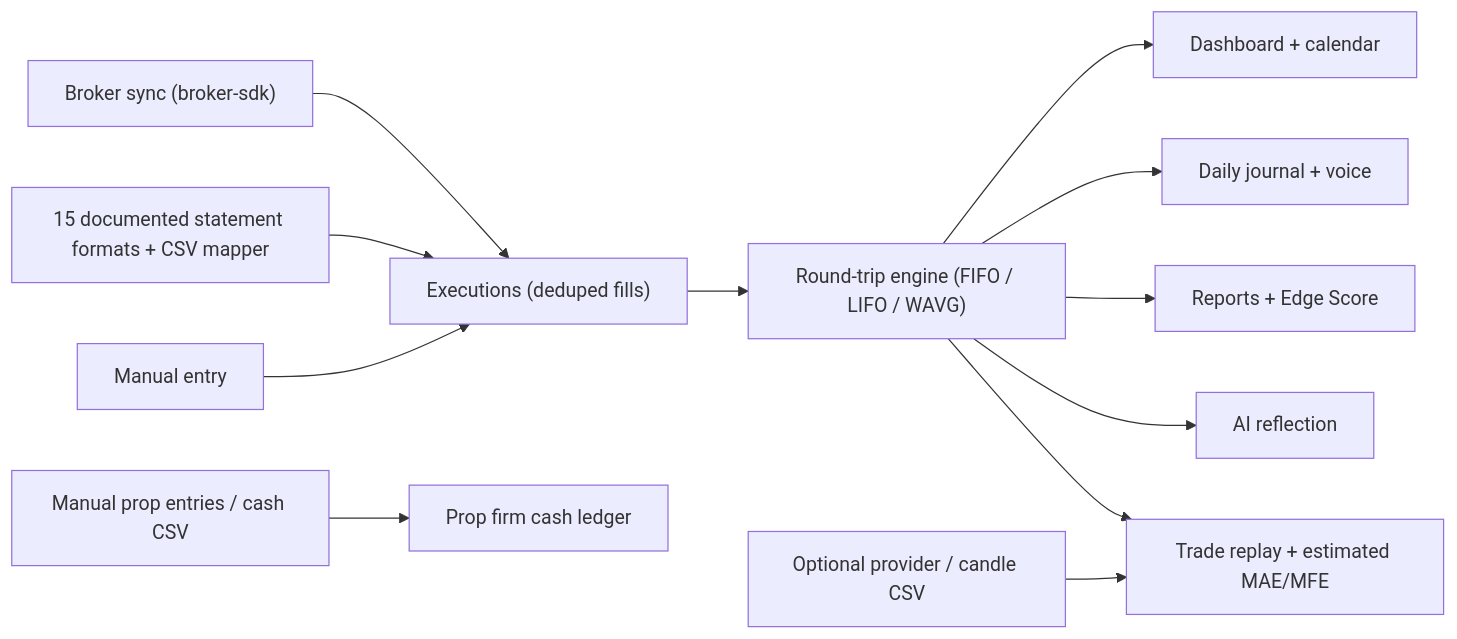
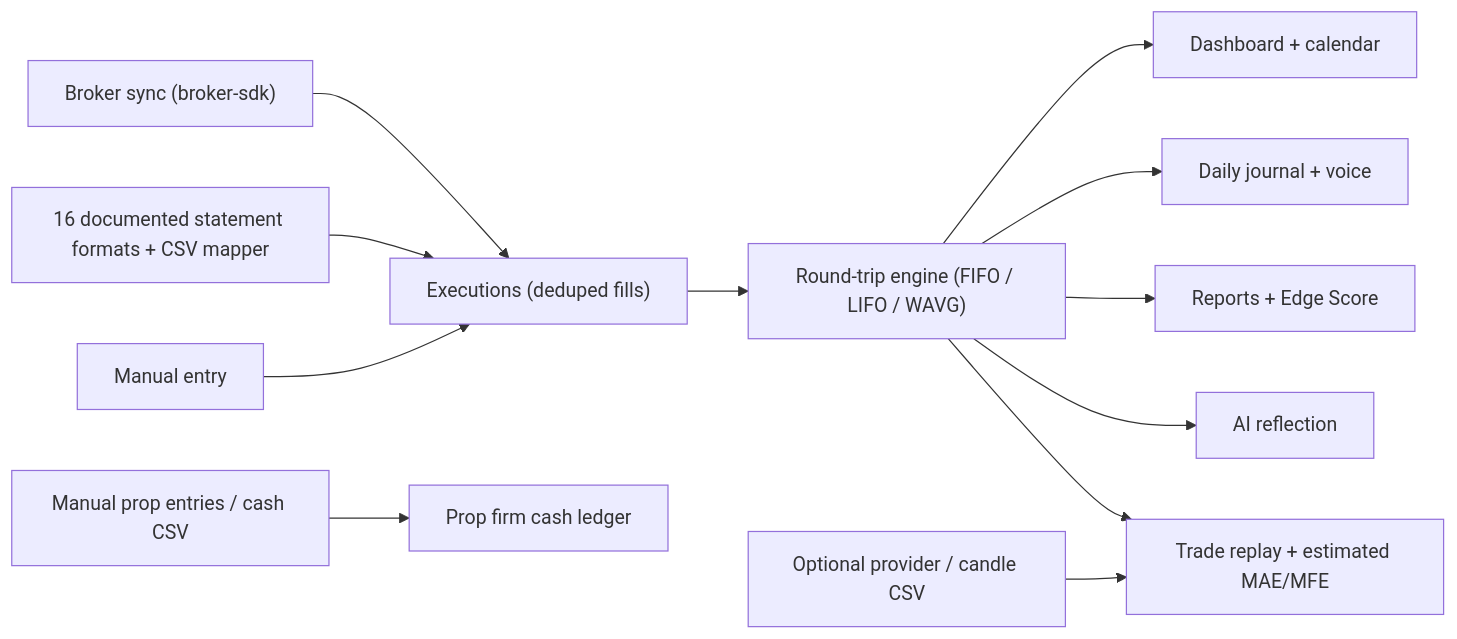
The diagram in README.md (LuxAlgo/trade-journal), drawn with Mermaid before and after one commit. The commit also changed other lines of this file and 14 other files, not shown here.

````diff
--- a/README.md
+++ b/README.md
@@ -112,14 +112,14 @@
 ```mermaid
 flowchart LR
     BS["Broker sync (broker-sdk)"] --> EX["Executions (deduped fills)"]
-    IM["15 documented statement formats + CSV mapper"] --> EX
+    IM["16 documented statement formats + CSV mapper"] --> EX
     MN["Manual entry"] --> EX
     EX --> RT["Round-trip engine (FIFO / LIFO / WAVG)"]
     RT --> D["Dashboard + calendar"]
     RT --> J["Daily journal + voice"]
     RT --> R["Reports + Edge Score"]
     RT --> AI["AI reflection"]
     MD["Optional provider / candle CSV"] --> TR["Trade replay + estimated MAE/MFE"]
     RT --> TR
     PC["Manual prop entries / cash CSV"] --> PF["Prop firm cash ledger"]
 ```
````
